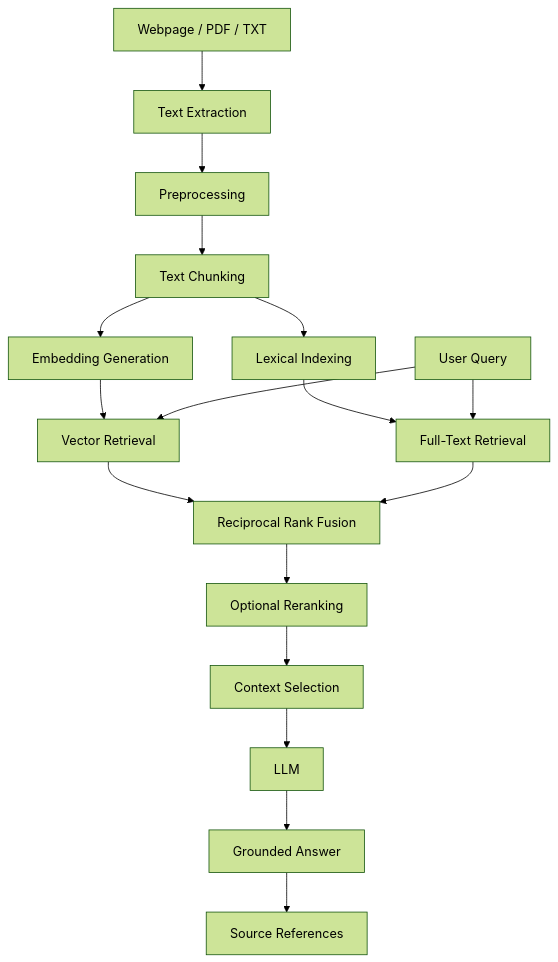
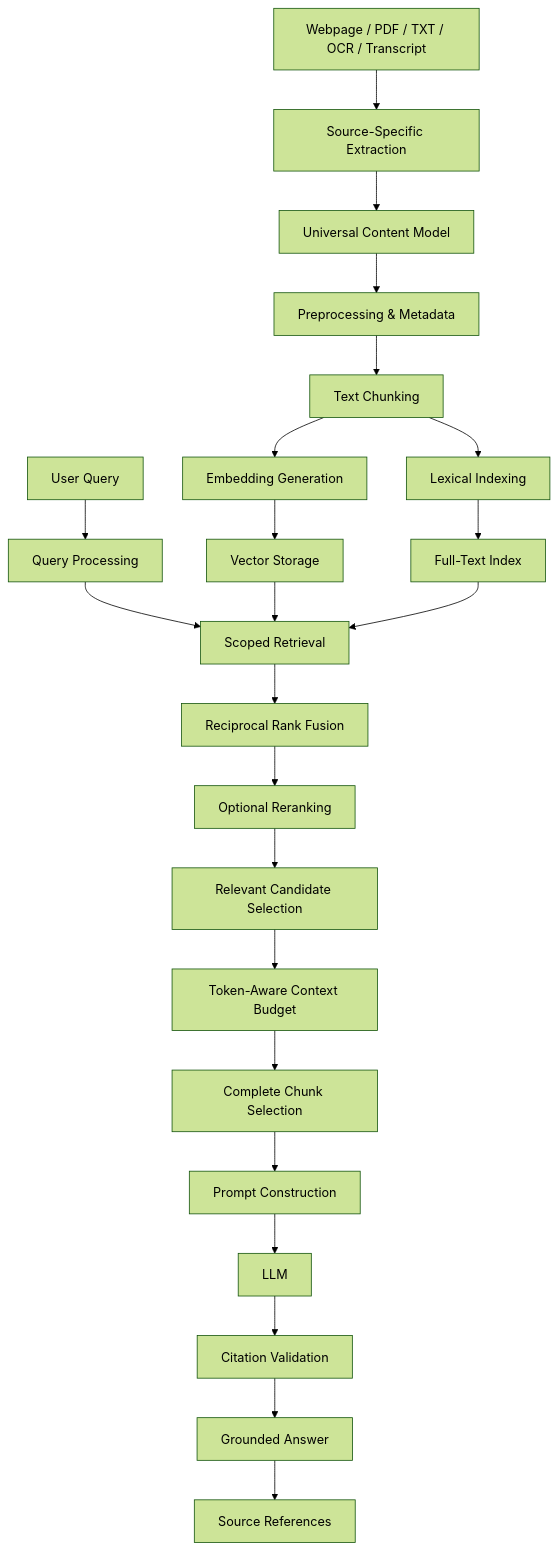
The second of 3 diagrams in README.md (anshh-py/PageGlance), drawn with Mermaid (forest theme) before and after one commit. The commit also changed other lines of this file, not shown here.

````diff
--- a/README.md
+++ b/README.md
@@ -176,25 +253,32 @@
 ```mermaid
 flowchart TD
-    A["Webpage / PDF / TXT"] --> B["Text Extraction"]
-    B --> C["Preprocessing"]
-    C --> D["Text Chunking"]
+    A["Webpage / PDF / TXT / OCR / Transcript"] --> B["Source-Specific Extraction"]
+    B --> C["Universal Content Model"]
+    C --> D["Preprocessing & Metadata"]
+    D --> E["Text Chunking"]
 
-    D --> E["Embedding Generation"]
-    D --> F["Lexical Indexing"]
+    E --> F["Embedding Generation"]
+    E --> G["Lexical Indexing"]
 
-    E --> G["Vector Retrieval"]
-    F --> H["Full-Text Retrieval"]
+    F --> H["Vector Storage"]
+    G --> I["Full-Text Index"]
 
-    I["User Query"] --> G
-    I --> H
+    J["User Query"] --> K["Query Processing"]
+    K --> L["Scoped Retrieval"]
 
-    G --> J["Reciprocal Rank Fusion"]
-    H --> J
+    H --> L
+    I --> L
 
-    J --> K["Optional Reranking"]
-    K --> L["Context Selection"]
+    L --> M["Reciprocal Rank Fusion"]
+    M --> N["Optional Reranking"]
+    N --> O["Relevant Candidate Selection"]
 
-    L --> M["LLM"]
-    M --> N["Grounded Answer"]
-    N --> O["Source References"]
+    O --> P["Token-Aware Context Budget"]
+    P --> Q["Complete Chunk Selection"]
+    Q --> R["Prompt Construction"]
+
+    R --> S["LLM"]
+    S --> T["Citation Validation"]
+    T --> U["Grounded Answer"]
+    U --> V["Source References"]
 ```
````
